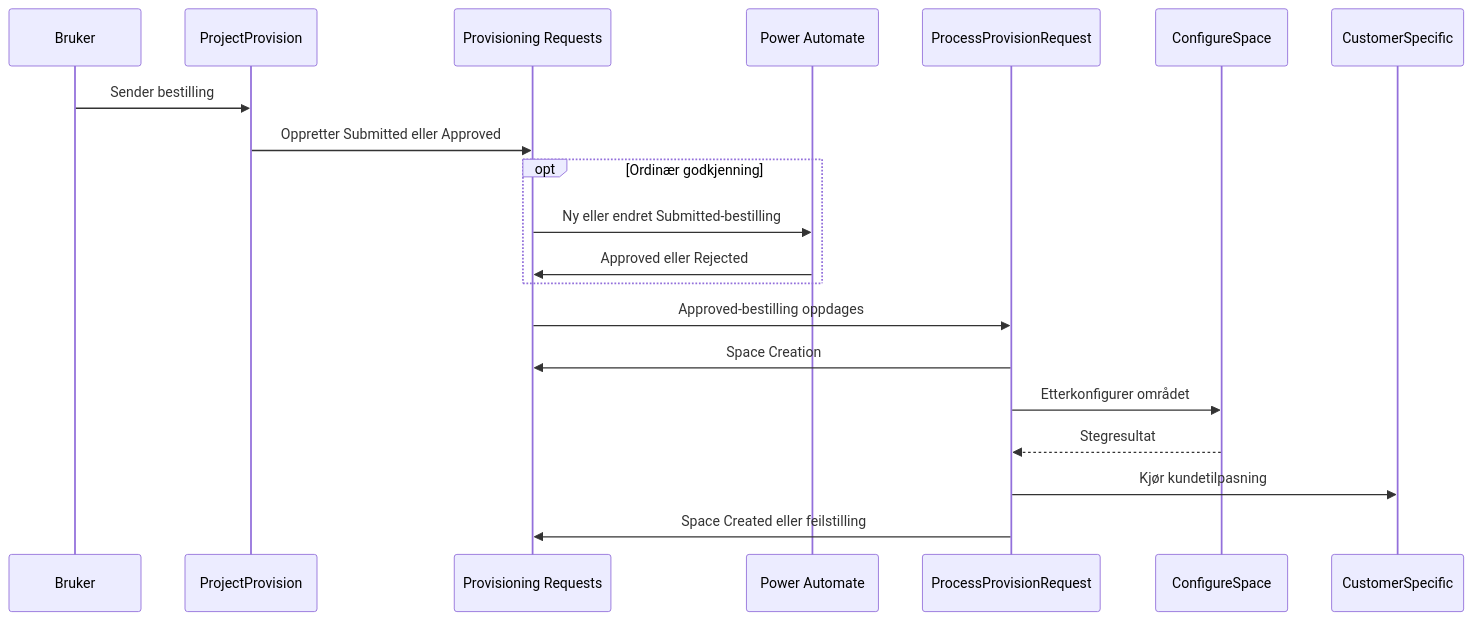
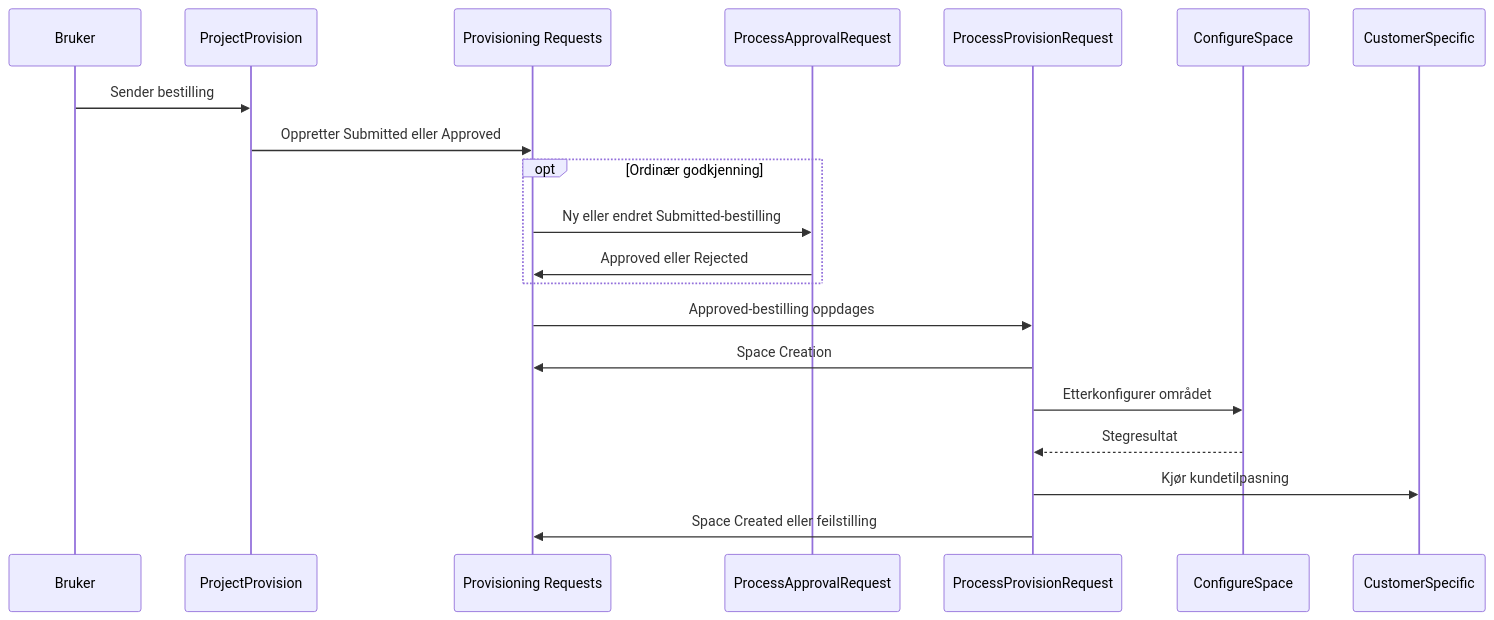
One commit to Puzzlepart/bestillingsportalen changed the second of 3 diagrams in App-teknisk-referanse.md. Above: the diagram before and after it, drawn with Mermaid. The commit also changed other lines of this file and 27 other files, not shown here.

Commit message:
Erstatt godkjenningsflyten i Power Automate med Logic App (#51)

````diff
--- a/App-teknisk-referanse.md
+++ b/App-teknisk-referanse.md
@@ -308,23 +308,23 @@
 ```mermaid
 sequenceDiagram
     participant User as Bruker
     participant App as ProjectProvision
     participant List as Provisioning Requests
-    participant Flow as Power Automate
+    participant Flow as ProcessApprovalRequest
     participant Logic as ProcessProvisionRequest
     participant Auto as ConfigureSpace
     participant Custom as CustomerSpecific
 
     User->>App: Sender bestilling
     App->>List: Oppretter Submitted eller Approved
     opt Ordinær godkjenning
         List->>Flow: Ny eller endret Submitted-bestilling
         Flow->>List: Approved eller Rejected
     end
     List->>Logic: Approved-bestilling oppdages
     Logic->>List: Space Creation
     Logic->>Auto: Etterkonfigurer området
     Auto-->>Logic: Stegresultat
     Logic->>Custom: Kjør kundetilpasning
     Logic->>List: Space Created eller feilstilling
 ```
````
